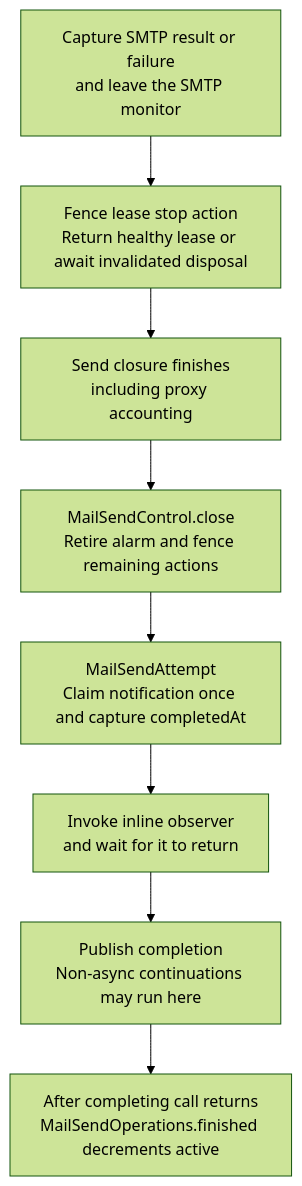
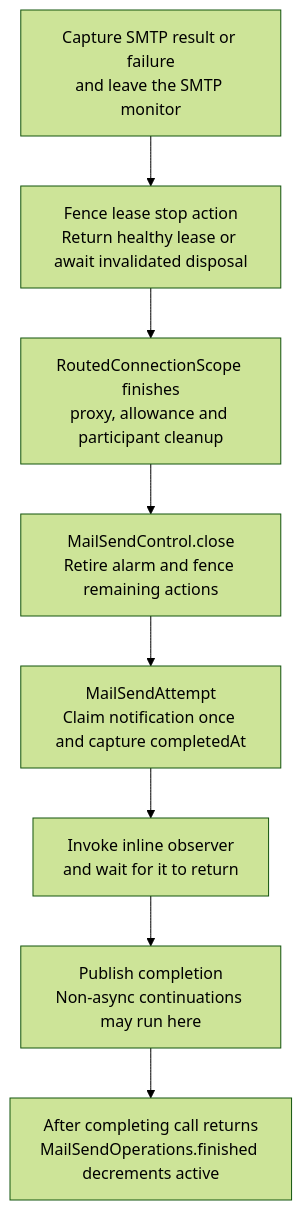
Before and after one commit to bbottema/simple-java-mail: the first of 4 diagrams in docs/concurrency/08-cross-machine-contracts.md, drawn with Mermaid (forest theme). The commit also changed other lines of this file and 17 other files, not shown here.

````diff
--- a/docs/concurrency/08-cross-machine-contracts.md
+++ b/docs/concurrency/08-cross-machine-contracts.md
@@ -13,11 +13,11 @@
 ```mermaid
 flowchart TD
     Work["Capture SMTP result or failure<br/>and leave the SMTP monitor"]
     Work --> Lease["Fence lease stop action<br/>Return healthy lease or await invalidated disposal"]
-    Lease --> Closure["Send closure finishes<br/>including proxy accounting"]
-    Closure --> Control["MailSendControl.close<br/>Retire alarm and fence remaining actions"]
+    Lease --> Scope["RoutedConnectionScope finishes<br/>proxy, allowance and participant cleanup"]
+    Scope --> Control["MailSendControl.close<br/>Retire alarm and fence remaining actions"]
     Control --> Attempt["MailSendAttempt<br/>Claim notification once and capture completedAt"]
     Attempt --> Observer["Invoke inline observer<br/>and wait for it to return"]
     Observer --> Future["Publish completion<br/>Non-async continuations may run here"]
     Future --> Owner["After completing call returns<br/>MailSendOperations.finished decrements active"]
 ```
````
